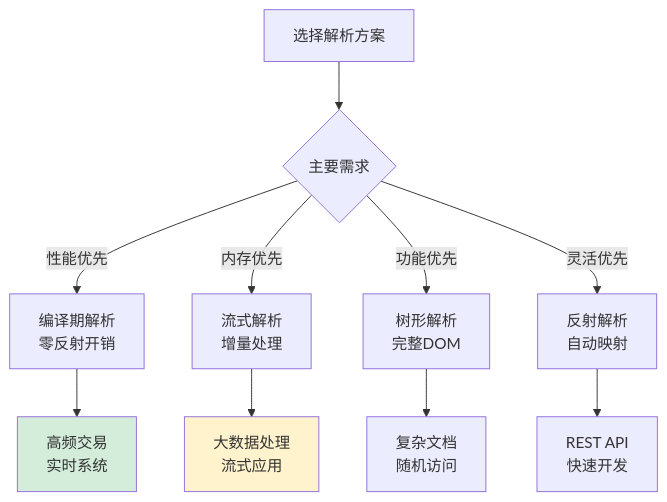
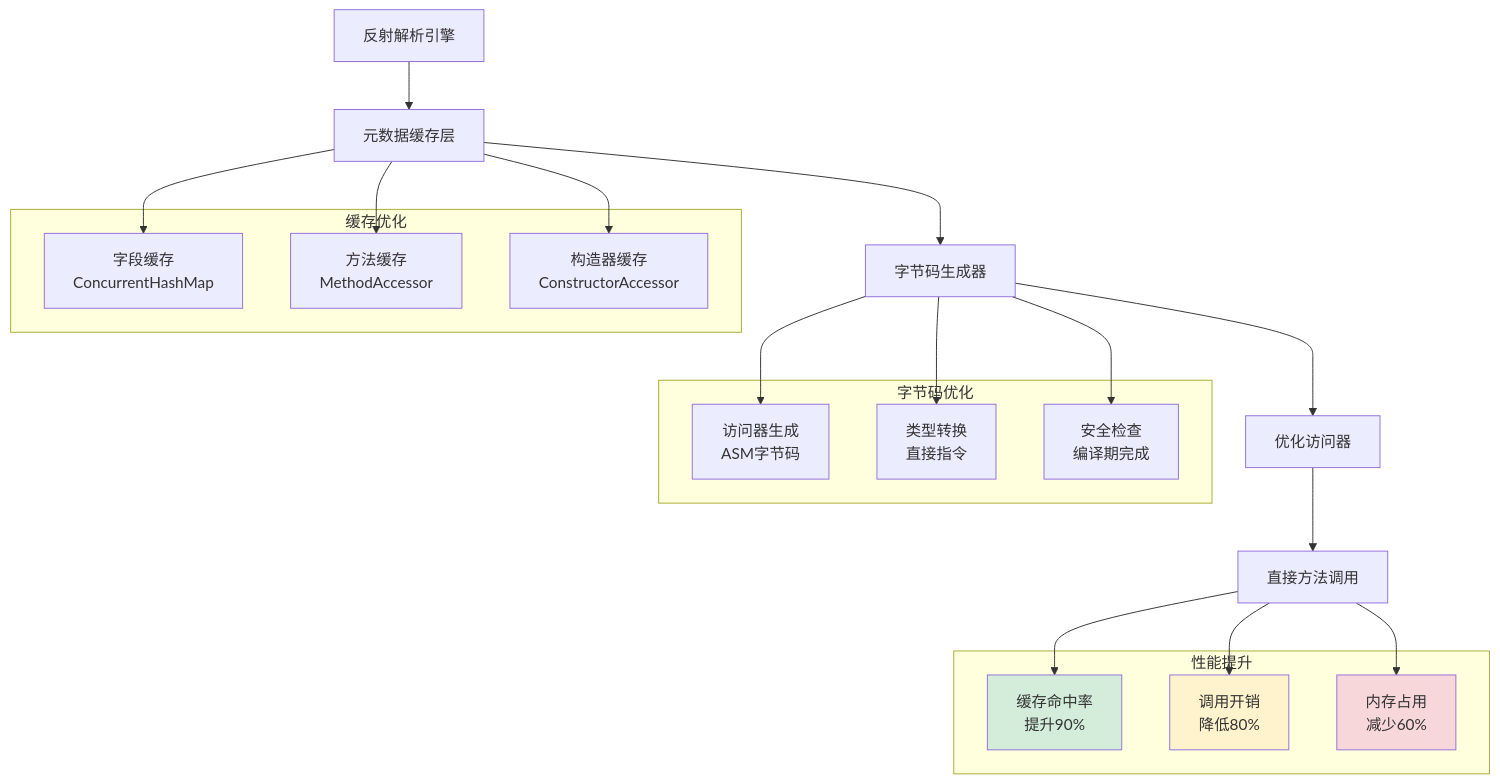
One commit to chongyang211/YCBookBlog changed diagram 11 of 31 in 00.通用技术的提升/02.程序编程原理/06.数据解析设计思想.md. Above: the diagram before and after it, drawn with Mermaid. The commit also changed other lines of this file and 5 other files, not shown here.

````diff
--- a/00.通用技术的提升/02.程序编程原理/06.数据解析设计思想.md
+++ b/00.通用技术的提升/02.程序编程原理/06.数据解析设计思想.md
@@ -440,16 +1632,41 @@
 ```mermaid
-flowchart TD
-    A[选择解析方案] --> B{主要需求}
-    B -->|性能优先| C[编译期解析<br/>零反射开销]
-    B -->|内存优先| D[流式解析<br/>增量处理]
-    B -->|功能优先| E[树形解析<br/>完整DOM]
-    B -->|灵活优先| F[反射解析<br/>自动映射]
+graph TB
+    A[反射解析引擎] --> B[元数据缓存层]
+    B --> C[字节码生成器]
+    C --> D[优化访问器]
+    D --> E[直接方法调用]
     
-    C --> G[高频交易<br/>实时系统]
-    D --> H[大数据处理<br/>流式应用]
-    E --> I[复杂文档<br/>随机访问]
-    F --> J[REST API<br/>快速开发]
+    subgraph 缓存优化
+        F[字段缓存<br/>ConcurrentHashMap]
+        G[方法缓存<br/>MethodAccessor]
+        H[构造器缓存<br/>ConstructorAccessor]
+    end
     
-    style G fill:#d4edda
-    style H fill:#fff3cd
+    B --> F
+    B --> G
+    B --> H
+    
+    subgraph 字节码优化
+        I[访问器生成<br/>ASM字节码]
+        J[类型转换<br/>直接指令]
+        K[安全检查<br/>编译期完成]
+    end
+    
+    C --> I
+    C --> J
+    C --> K
+    
+    subgraph 性能提升
+        L[缓存命中率<br/>提升90%]
+        M[调用开销<br/>降低80%]
+        N[内存占用<br/>减少60%]
+    end
+    
+    E --> L
+    E --> M
+    E --> N
+    
+    style L fill:#d4edda
+    style M fill:#fff3cd
+    style N fill:#f8d7da
 ```
````
